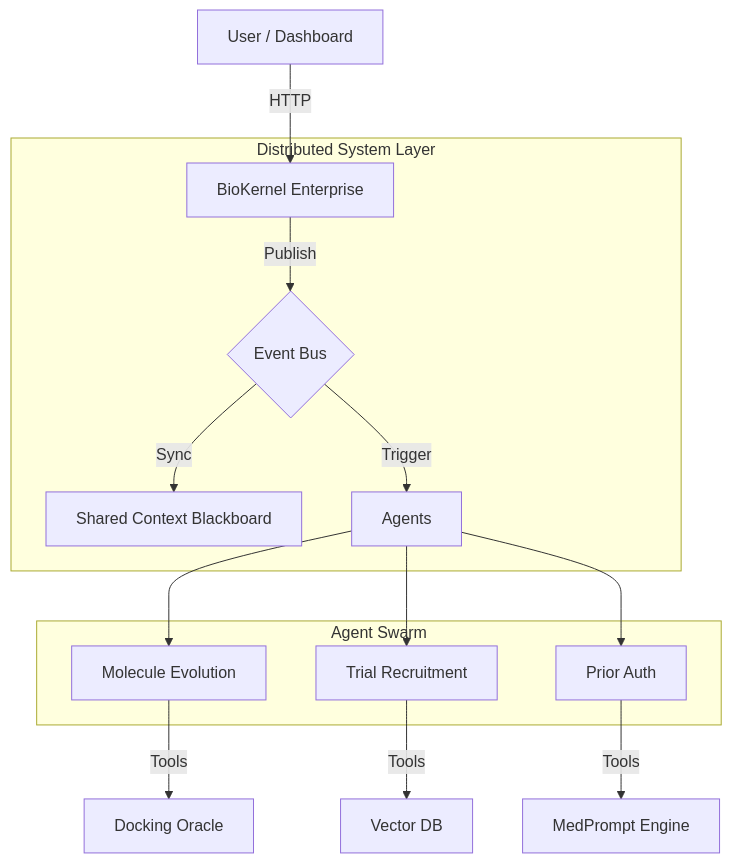
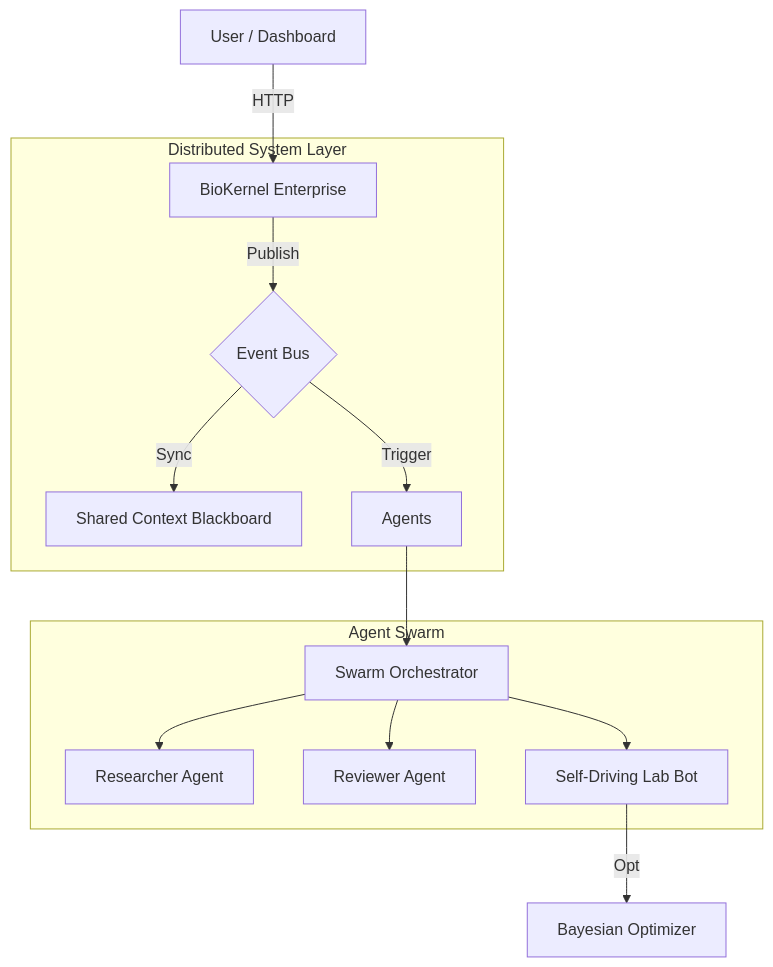
Before and after one commit to mdbabumiamssm/AI-Agentic-Skills-by-Dr.-Mia: the diagram in README.md, drawn with Mermaid. The commit also changed other lines of this file and 16 other files, not shown here.

````diff
--- a/README.md
+++ b/README.md
@@ -89,20 +85,19 @@
 ```mermaid
 graph TD
     User["User / Dashboard"] -->|HTTP| Kernel["BioKernel Enterprise"]
     
     subgraph "Distributed System Layer"
         Kernel -->|Publish| Bus{"Event Bus"}
         Bus -->|Sync| Shared["Shared Context Blackboard"]
         Bus -->|Trigger| Agents
     end
     
     subgraph "Agent Swarm"
-        Agents --> Evo["Molecule Evolution"]
-        Agents --> Recruit["Trial Recruitment"]
-        Agents --> Auth["Prior Auth"]
+        Agents --> Orchestrator["Swarm Orchestrator"]
+        Orchestrator --> Researcher["Researcher Agent"]
+        Orchestrator --> Reviewer["Reviewer Agent"]
+        Orchestrator --> LabBot["Self-Driving Lab Bot"]
     end
     
-    Evo -->|Tools| Docking["Docking Oracle"]
-    Recruit -->|Tools| VectorDB["Vector DB"]
-    Auth -->|Tools| MedPrompt["MedPrompt Engine"]
+    LabBot -->|Opt| Bayesian["Bayesian Optimizer"]
 ```
````
